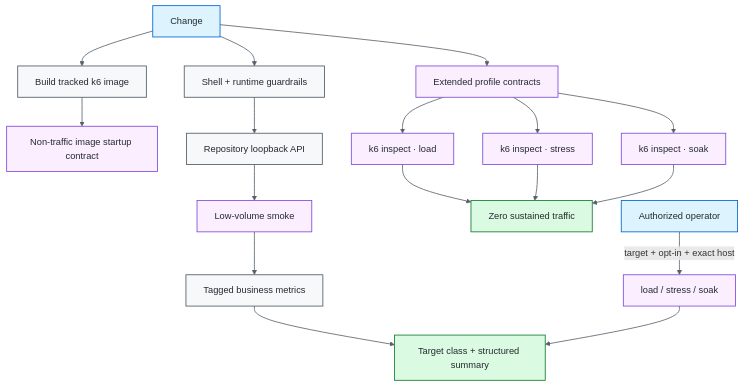
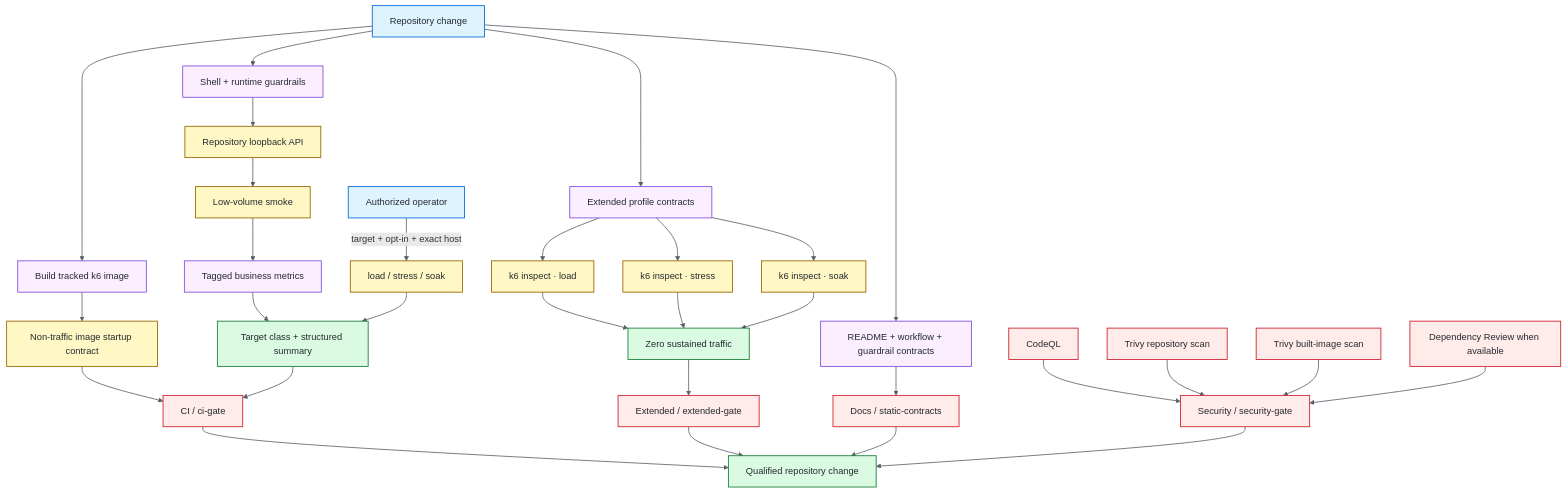
The diagram in README.md (portyu9/qa-automation-load-k6), drawn with Mermaid before and after one commit.

Commit message:
docs: elevate README architecture diagram
* chore: stage reference-quality Mermaid polish

* docs: elevate README architecture diagram

* chore: retrigger README qualification

* chore: complete README qualification retrigger

---------

````diff
--- a/README.md
+++ b/README.md
@@ -41,29 +41,49 @@
 ```mermaid
 flowchart TD
-    CHANGE[Change] --> BUILD[Build tracked k6 image]
+    CHANGE[Repository change] --> BUILD[Build tracked k6 image]
     BUILD --> SAFE[Non-traffic image startup contract]
     CHANGE --> GUARD[Shell + runtime guardrails]
     GUARD --> FIX[Repository loopback API]
     FIX --> SMOKE[Low-volume smoke]
     SMOKE --> BIZ[Tagged business metrics]
     BIZ --> SUMMARY[Target class + structured summary]
+    SAFE --> CIG[CI / ci-gate]
+    SUMMARY --> CIG
+
     CHANGE --> EXT[Extended profile contracts]
     EXT --> L[k6 inspect · load]
     EXT --> ST[k6 inspect · stress]
     EXT --> SO[k6 inspect · soak]
     L --> ZERO[Zero sustained traffic]
     ST --> ZERO
     SO --> ZERO
+    ZERO --> EG[Extended / extended-gate]
+
     OP[Authorized operator] -->|target + opt-in + exact host| RUN[load / stress / soak]
     RUN --> SUMMARY
 
+    CHANGE --> DOCS[README + workflow + guardrail contracts]
+    DOCS --> DG[Docs / static-contracts]
+
+    SAST[CodeQL] --> SG[Security / security-gate]
+    REPO[Trivy repository scan] --> SG
+    IMAGE[Trivy built-image scan] --> SG
+    REVIEW[Dependency Review when available] --> SG
+
+    CIG --> RESULT[Qualified repository change]
+    EG --> RESULT
+    DG --> RESULT
+    SG --> RESULT
+
     classDef entry fill:#ddf4ff,stroke:#0969da,color:#24292f,stroke-width:1.5px;
-    classDef core fill:#f6f8fa,stroke:#57606a,color:#24292f,stroke-width:1.5px;
-    classDef gate fill:#fbefff,stroke:#8250df,color:#24292f,stroke-width:1.5px;
+    classDef policy fill:#fbefff,stroke:#8250df,color:#24292f,stroke-width:1.5px;
+    classDef runtime fill:#fff8c5,stroke:#9a6700,color:#24292f,stroke-width:1.5px;
     classDef evidence fill:#dafbe1,stroke:#1a7f37,color:#24292f,stroke-width:1.5px;
+    classDef gate fill:#ffebe9,stroke:#cf222e,color:#24292f,stroke-width:1.5px;
     class CHANGE,OP entry;
-    class BUILD,GUARD,FIX,BIZ core;
-    class SAFE,SMOKE,EXT,L,ST,SO,RUN gate;
-    class ZERO,SUMMARY evidence;
+    class BUILD,GUARD,BIZ,EXT,DOCS policy;
+    class SAFE,FIX,SMOKE,L,ST,SO,RUN runtime;
+    class SUMMARY,ZERO,RESULT evidence;
+    class CIG,EG,DG,SAST,REPO,IMAGE,REVIEW,SG gate;
     linkStyle default stroke:#57606a,stroke-width:1.4px;
 ```
````
